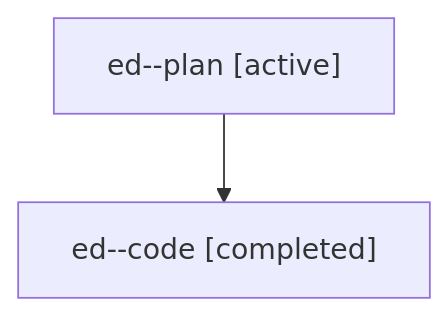
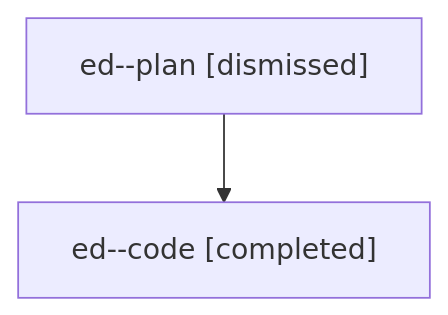
Before and after one commit to sase-org/sase--agents: the diagram in sessions/bbugyi200.athena.ed.md, drawn with Mermaid. The commit also changed other lines of this file and 28 other files, not shown here.

````diff
--- a/sessions/bbugyi200.athena.ed.md
+++ b/sessions/bbugyi200.athena.ed.md
@@ -9,6 +9,6 @@
 ```mermaid
 flowchart TD
-  n0["ed--plan [active]"]
+  n0["ed--plan [dismissed]"]
   n1["ed--code [completed]"]
   n0 --> n1
 ```
````
